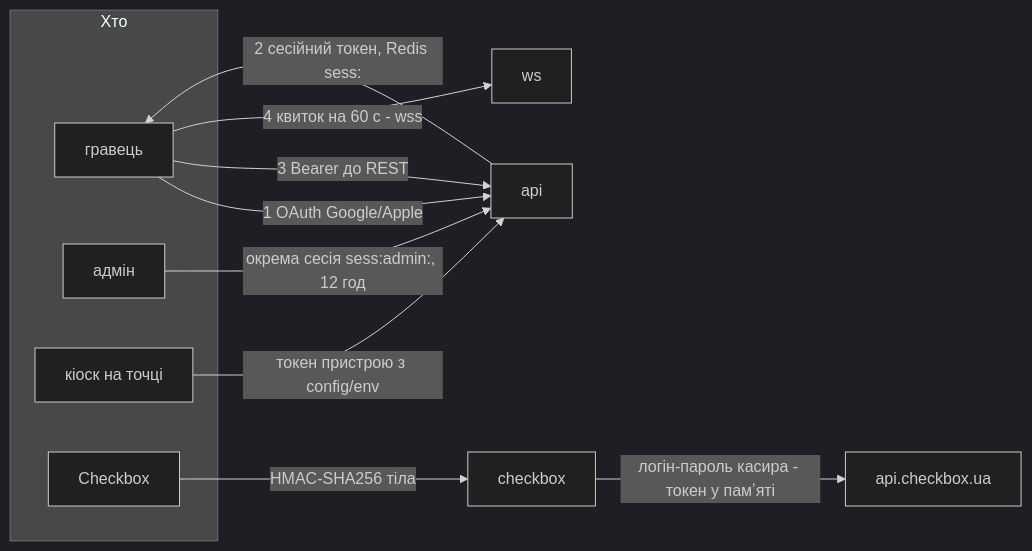
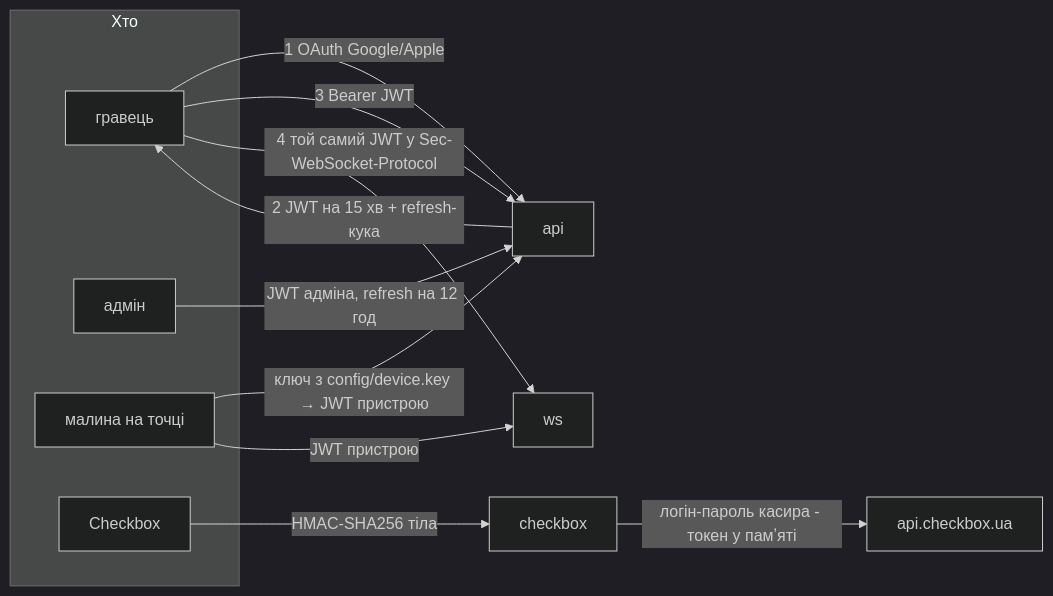
The second of 2 diagrams in docs/services.md (arsengoian/extrovert.cafe), drawn with Mermaid (dark theme) before and after one commit. The commit also changed other lines of this file and 10 other files, not shown here.

````diff
--- a/docs/services.md
+++ b/docs/services.md
@@ -111,18 +135,19 @@
 ```mermaid
 graph LR
     subgraph who["Хто"]
         P["гравець"]
         A["адмін"]
-        K["кіоск на точці"]
+        K["малина на точці"]
         CBX["Checkbox"]
     end
 
     P -->|"1 OAuth Google/Apple"| API1["api"]
-    API1 -->|"2 сесійний токен, Redis sess:"| P
-    P -->|"3 Bearer до REST"| API1
-    P -->|"4 квиток на 60 с - wss"| WS1["ws"]
-    A -->|"окрема сесія sess:admin:, 12 год"| API1
-    K -->|"токен пристрою з config/env"| API1
+    API1 -->|"2 JWT на 15 хв + refresh-кука"| P
+    P -->|"3 Bearer JWT"| API1
+    P -->|"4 той самий JWT у Sec-WebSocket-Protocol"| WS1["ws"]
+    A -->|"JWT адміна, refresh на 12 год"| API1
+    K -->|"ключ з config/device.key → JWT пристрою"| API1
+    K -->|"JWT пристрою"| WS1
     CBX -->|"HMAC-SHA256 тіла"| CB1["checkbox"]
     CB1 -->|"логін-пароль касира - токен у памʼяті"| CBAPI1["api.checkbox.ua"]
 ```
````
